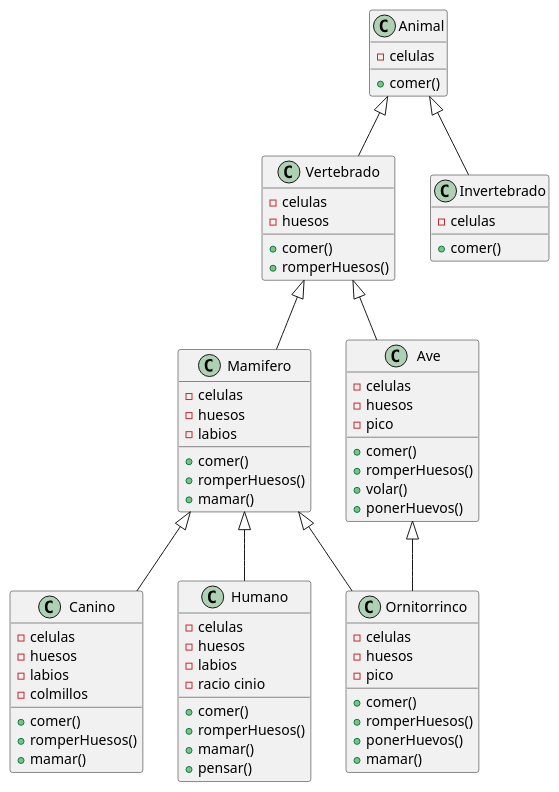
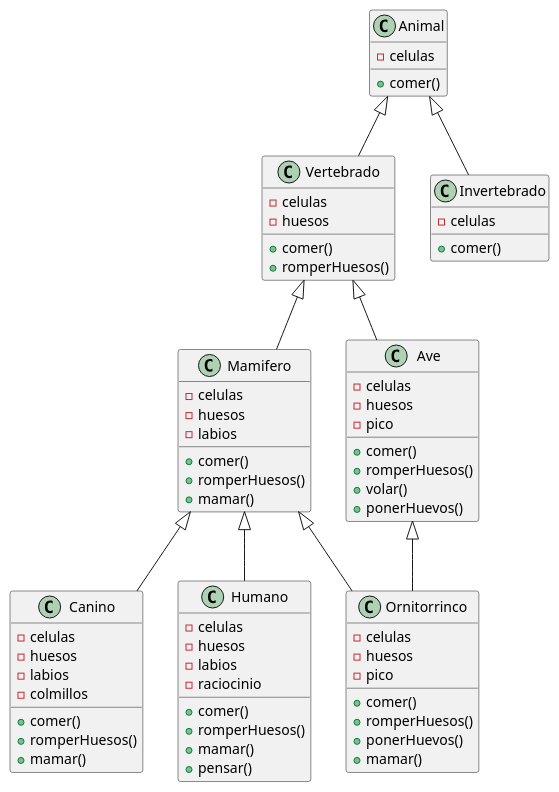
Before and after one commit to mmasias/23-24-prg2: the diagram in plantUML/jerarquiaAnimales.puml, drawn with PlantUML. The commit also changed 1 other file, not shown here.

```diff
--- a/plantUML/jerarquiaAnimales.puml
+++ b/plantUML/jerarquiaAnimales.puml
@@ -1,74 +1,74 @@
 @startuml
 
 hide stereotype
 
 class Animal{
 - celulas
 + comer()
 }
 class Vertebrado {
 - celulas
 - huesos
 + comer()
 + romperHuesos()
 }
 class Invertebrado {
 - celulas
 + comer()
 }
 
 class Mamifero {
 - celulas
 - huesos
 - labios
 + comer()
 + romperHuesos()
 + mamar()
 }
 class Ave {
 - celulas
 - huesos
 - pico
 + comer()
 + romperHuesos()
 + volar()
 + ponerHuevos()
 }
 class Canino {
 -celulas
 - huesos
 - labios
 - colmillos
 + comer()
 + romperHuesos()
 + mamar()
 }
 class Humano {
 - celulas
 - huesos
 - labios
-- racio cinio
+- raciocinio
 + comer()
 + romperHuesos()
 + mamar()
 + pensar()
 }
 class Ornitorrinco {
 -celulas
 - huesos
 -pico
 + comer()
 + romperHuesos()
 + ponerHuevos()
 + mamar()
 }
 
 Animal <|-- Vertebrado
 Animal <|-- Invertebrado
 Vertebrado <|-- Mamifero
 Vertebrado <|-- Ave
 Mamifero <|-- Canino
 Mamifero <|-- Humano
 Mamifero <|-- Ornitorrinco
 Ave <|-- Ornitorrinco
 @enduml
```
